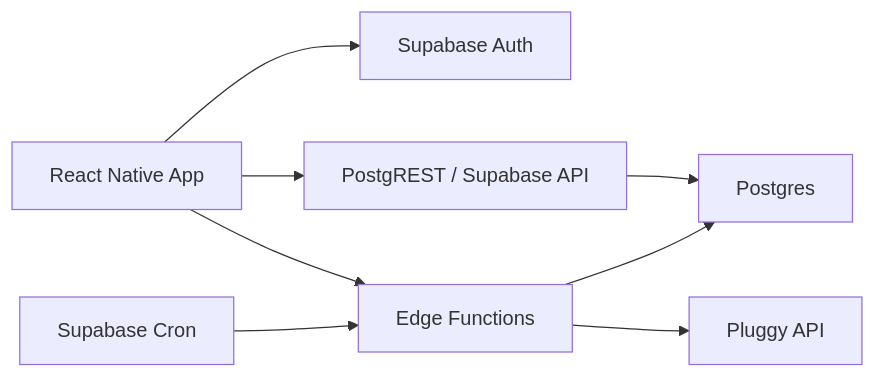
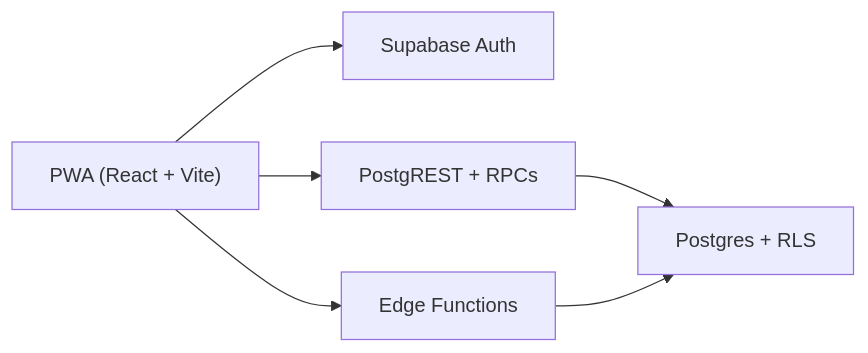
One commit to analiras2/ggastos changed the diagram in docs/stack-tecnica-supabase-mvp.md. Above: the diagram before and after it, drawn with Mermaid. The commit also changed other lines of this file and 14 other files, not shown here.

First line of the commit message:
docs: current architecture, archive of delivered plans and doc indexes

````diff
--- a/docs/stack-tecnica-supabase-mvp.md
+++ b/docs/stack-tecnica-supabase-mvp.md
@@ -118,10 +16,8 @@
 ```mermaid
 flowchart LR
-    A["React Native App"] --> B["Supabase Auth"]
-    A --> C["PostgREST / Supabase API"]
+    A["PWA (React + Vite)"] --> B["Supabase Auth"]
+    A --> C["PostgREST + RPCs"]
     A --> D["Edge Functions"]
-    C --> E["Postgres"]
+    C --> E["Postgres + RLS"]
     D --> E
-    D --> F["Pluggy API"]
-    G["Supabase Cron"] --> D
 ```
````
